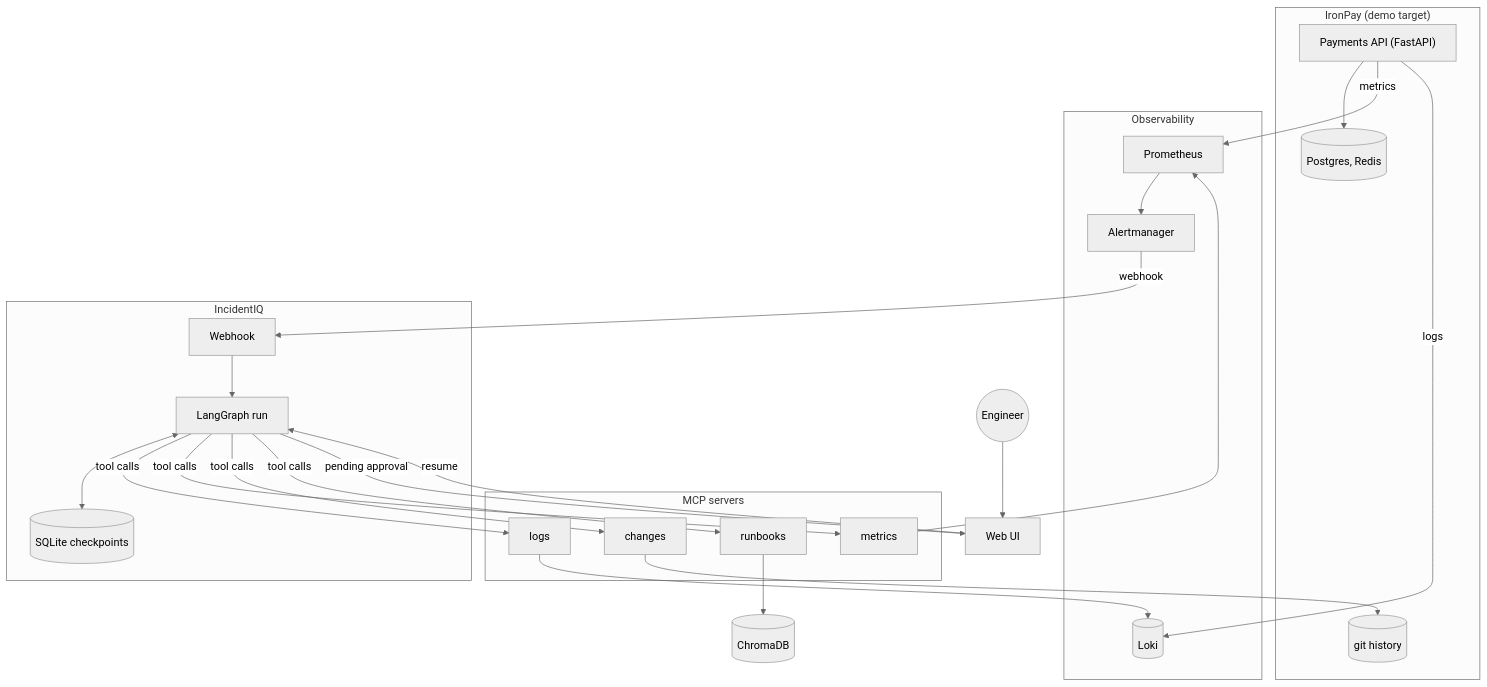
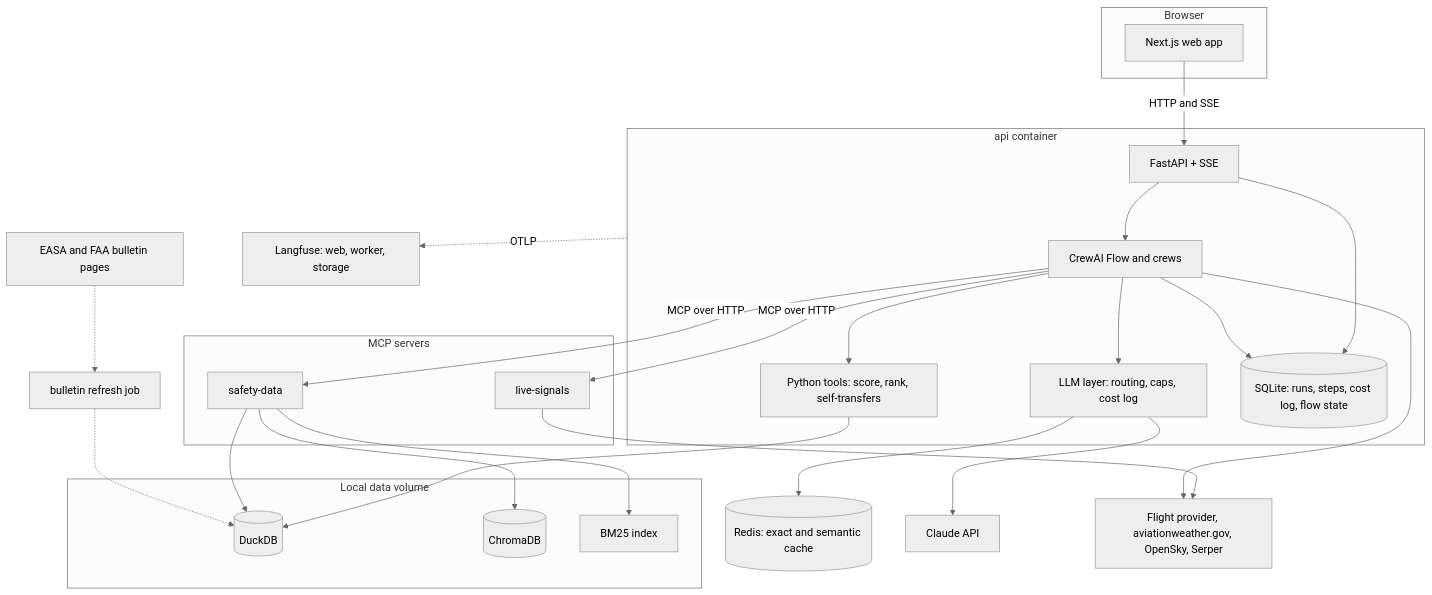
Before and after one commit to striderzz/SafeFlight-AgentOps: the first of 10 diagrams in INFO.md, drawn with Mermaid (neutral theme). The commit also changed other lines of this file and 3 other files, not shown here.

Commit message:
Redesign as SafeFlight AgentOps: CrewAI + Claude airline-safety agents (design docs, build plan, interview prep)

````diff
--- a/INFO.md
+++ b/INFO.md
@@ -114,46 +122,48 @@
 ```mermaid
 flowchart TB
-    subgraph IB["IronPay (demo target)"]
-        API["Payments API (FastAPI)"]
-        DBS[("Postgres, Redis")]
-        GIT[("git history")]
+    subgraph CLIENT["Browser"]
+        WEB["Next.js web app"]
     end
-    subgraph OBS["Observability"]
-        PROM["Prometheus"]
-        AM["Alertmanager"]
-        LOKI[("Loki")]
+    subgraph APP["api container"]
+        API["FastAPI + SSE"]
+        FL["CrewAI Flow and crews"]
+        TOOLS["Python tools: score, rank, self-transfers"]
+        LLM["LLM layer: routing, caps, cost log"]
+        SQ[("SQLite: runs, steps, cost log, flow state")]
     end
     subgraph MCPS["MCP servers"]
-        L["logs"]
-        M["metrics"]
-        C["changes"]
-        R["runbooks"]
+        SD["safety-data"]
+        LS["live-signals"]
     end
-    CH[("ChromaDB")]
-    subgraph JV["IncidentIQ"]
-        WH["Webhook"]
-        G["LangGraph run"]
-        CK[("SQLite checkpoints")]
+    subgraph DATA["Local data volume"]
+        DDB[("DuckDB")]
+        CH[("ChromaDB")]
+        BM["BM25 index"]
     end
-    UI["Web UI"]
-    ENG(("Engineer"))
+    RD[("Redis: exact and semantic cache")]
+    LF["Langfuse: web, worker, storage"]
+    CL["Claude API"]
+    EXT["Flight provider, aviationweather.gov, OpenSky, Serper"]
+    BUL["EASA and FAA bulletin pages"]
+    JOB["bulletin refresh job"]
 
-    API --> DBS
-    API -->|metrics| PROM
-    API -->|logs| LOKI
-    PROM --> AM
-    AM -->|webhook| WH
-    WH --> G
-    G <--> CK
-    G -->|tool calls| L
-    G -->|tool calls| M
-    G -->|tool calls| C
-    G -->|tool calls| R
-    L --> LOKI
-    M --> PROM
-    C --> GIT
-    R --> CH
-    G -->|pending approval| UI
-    ENG --> UI
-    UI -->|resume| G
+    WEB -->|"HTTP and SSE"| API
+    API --> FL
+    FL --> TOOLS
+    TOOLS --> DDB
+    FL --> LLM
+    LLM --> RD
+    LLM --> CL
+    FL -->|"MCP over HTTP"| SD
+    FL -->|"MCP over HTTP"| LS
+    SD --> DDB
+    SD --> CH
+    SD --> BM
+    LS --> EXT
+    FL --> EXT
+    API --> SQ
+    FL --> SQ
+    APP -.->|OTLP| LF
+    BUL -.-> JOB
+    JOB -.-> DDB
 ```
````
